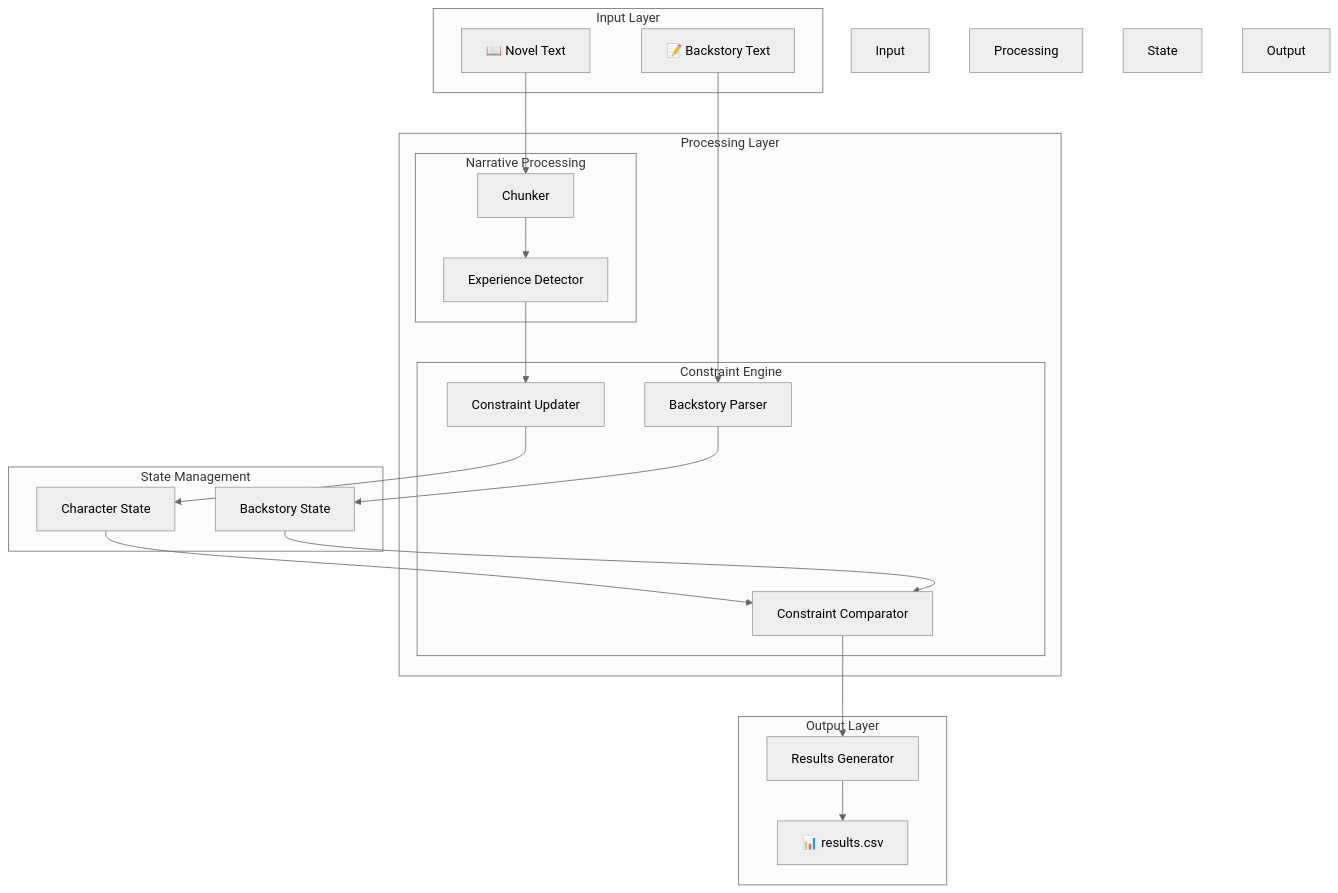
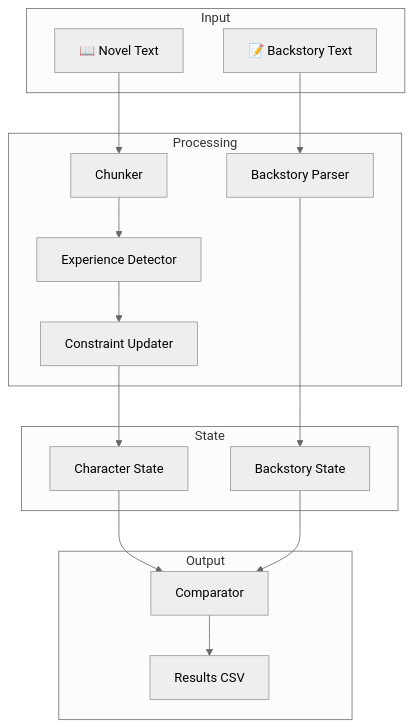
One commit to Naveeeya/KDS_Hackathon changed the first of 2 diagrams in project/README.md. Above: the diagram before and after it, drawn with Mermaid (neutral theme). The commit also changed other lines of this file, not shown here.

Commit message:
docs: Simplified README - kept only essential diagrams

````diff
--- a/project/README.md
+++ b/project/README.md
@@ -128,41 +52,26 @@
 ```mermaid
 flowchart TB
-    subgraph Input Layer
+    subgraph Input
         N[📖 Novel Text]
         B[📝 Backstory Text]
     end
     
-    subgraph Processing Layer
-        subgraph Narrative Processing
-            C[Chunker]
-            E[Experience Detector]
-        end
-        
-        subgraph Constraint Engine
-            U[Constraint Updater]
-            P[Backstory Parser]
-            CMP[Constraint Comparator]
-        end
+    subgraph Processing
+        C[Chunker] --> E[Experience Detector]
+        E --> U[Constraint Updater]
+        P[Backstory Parser]
     end
     
-    subgraph State Management
+    subgraph State
         CS[Character State]
         BS[Backstory State]
     end
     
-    subgraph Output Layer
-        R[Results Generator]
-        CSV[📊 results.csv]
+    subgraph Output
+        CMP[Comparator] --> R[Results CSV]
     end
     
-    N --> C --> E --> U --> CS
-    B --> P --> BS
-    CS --> CMP
-    BS --> CMP
-    CMP --> R --> CSV
-    
-    style Input Layer fill:#e1f5fe
-    style Processing Layer fill:#fff3e0
-    style State Management fill:#f3e5f5
-    style Output Layer fill:#e8f5e9
+    N --> C
+    U --> CS --> CMP
+    B --> P --> BS --> CMP
 ```
````
